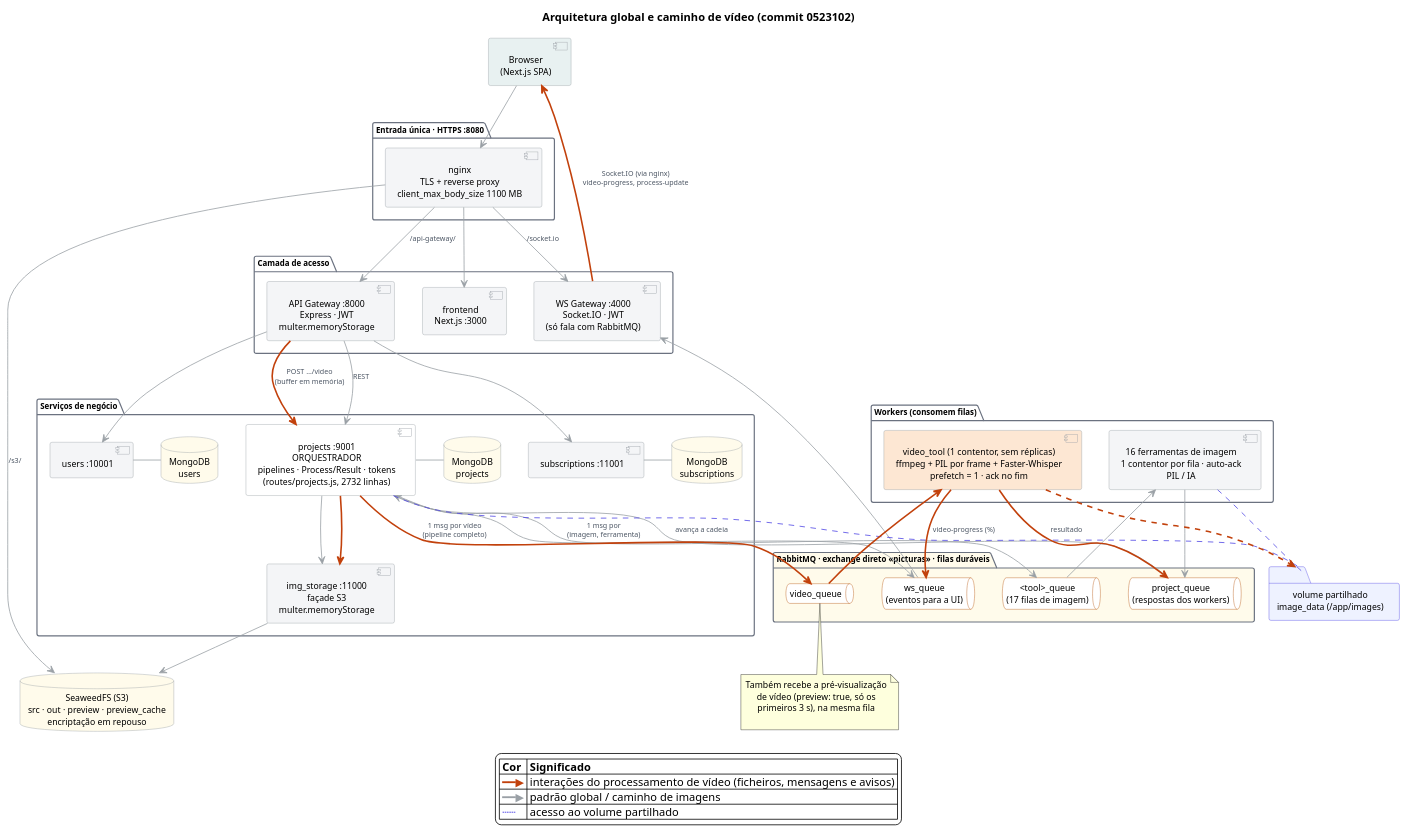
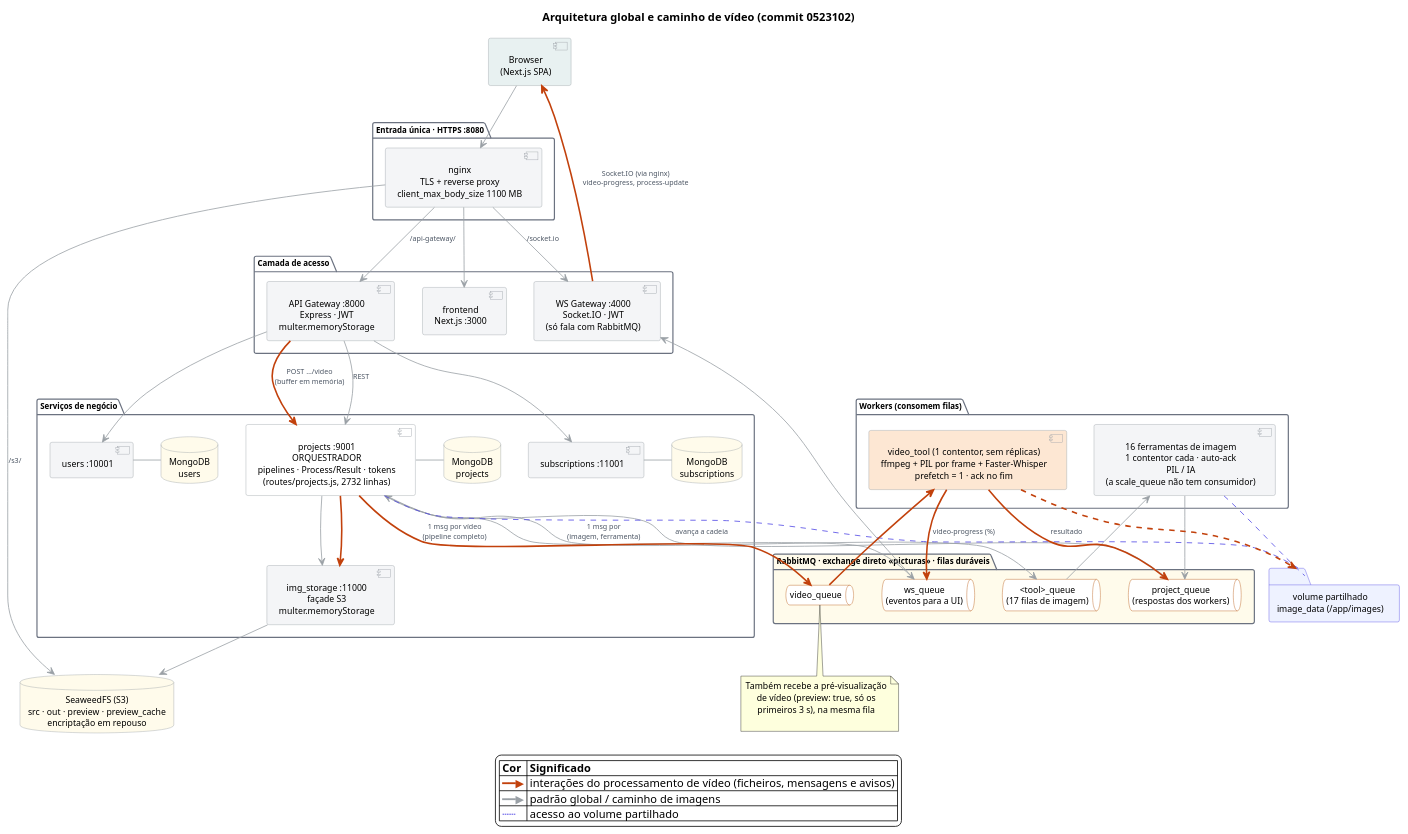
One commit to l1mitX/picturas-27 changed the diagram in docs/fase2/relatorio/images/arquitetura_global.puml. Above: the diagram before and after it, drawn with PlantUML. The commit also changed 8 other files, not shown here.

Commit message:
git add docs/fase2/relatorio/capitulos/09-vista-antes-depois.typ docs/fase2/relatorio/images/ docs/fase2/exercicios/RAS-exercicio_7_taticas_SWdesign_template_PT.md git commit -m "Relatório e Ex. 7: cap. 9 (legenda corrigida, mesma escala nas duas vistas) e diagramas dos caps. 2 e 9 corrigidos"

```diff
--- a/docs/fase2/relatorio/images/arquitetura_global.puml
+++ b/docs/fase2/relatorio/images/arquitetura_global.puml
@@ -1,110 +1,110 @@
 @startuml
 top to bottom direction
 
 skinparam backgroundColor white
 skinparam shadowing false
 skinparam defaultFontName Helvetica
 skinparam defaultFontSize 11
 skinparam ArrowColor #9AA0A6
 skinparam ArrowFontColor #4B5563
 skinparam ArrowFontSize 9
 skinparam ComponentBorderColor #9AA0A6
 skinparam ComponentBackgroundColor #F4F5F7
 skinparam DatabaseBorderColor #9AA0A6
 skinparam DatabaseBackgroundColor #FFFBEB
 skinparam QueueBorderColor #B45309
 skinparam QueueBackgroundColor #FFFBEB
 skinparam PackageBorderColor #6B7280
 skinparam PackageFontSize 10
 skinparam PackageStyle dashed
 skinparam FolderBorderColor #4F46E5
 skinparam FolderBackgroundColor #EEF2FF
 skinparam defaultTextAlignment center
 
 title Arquitetura global e caminho de vídeo (commit 0523102)
 
 component "Browser\n(Next.js SPA)" as browser #E8F1F1
 
 package "Entrada única · HTTPS :8080" as edge {
   component "nginx\nTLS + reverse proxy\nclient_max_body_size 1100 MB" as nginx
 }
 
 package "Camada de acesso" as access {
   component "frontend\nNext.js :3000" as frontend
   component "API Gateway :8000\nExpress · JWT\nmulter.memoryStorage" as api_gateway
   component "WS Gateway :4000\nSocket.IO · JWT\n(só fala com RabbitMQ)" as ws_gateway
 }
 
 package "Serviços de negócio" as business {
   component "projects :9001\nORQUESTRADOR\npipelines · Process/Result · tokens\n(routes/projects.js, 2732 linhas)" as projects #FFFFFF
   component "users :10001" as users
   component "subscriptions :11001" as subscriptions
   component "img_storage :11000\nfaçade S3\nmulter.memoryStorage" as img_storage
   database "MongoDB\nprojects" as projects_db
   database "MongoDB\nusers" as users_db
   database "MongoDB\nsubscriptions" as subs_db
 }
 
 database "SeaweedFS (S3)\nsrc · out · preview · preview_cache\nencriptação em repouso" as s3
 
 package "RabbitMQ · exchange direto «picturas» · filas duráveis" as rmq #FFFBEB {
   queue "<tool>_queue\n(17 filas de imagem)" as tool_q #FFFFFF
   queue "video_queue" as video_q #FFFFFF
   queue "project_queue\n(respostas dos workers)" as project_q #FFFFFF
   queue "ws_queue\n(eventos para a UI)" as ws_q #FFFFFF
 }
 
 package "Workers (consomem filas)" as workers {
-  component "16 ferramentas de imagem\n1 contentor por fila · auto-ack\nPIL / IA" as img_tools
+  component "16 ferramentas de imagem\n1 contentor cada · auto-ack\nPIL / IA\n(a scale_queue não tem consumidor)" as img_tools
   component "video_tool (1 contentor, sem réplicas)\nffmpeg + PIL por frame + Faster-Whisper\nprefetch = 1 · ack no fim" as video_tool #FDE7D3
 }
 
 folder "volume partilhado\nimage_data (/app/images)" as vol
 
 ' Padrão global e caminho de imagens
 browser --> nginx
 nginx --> frontend
 nginx --> api_gateway : /api-gateway/
 nginx --> ws_gateway : /socket.io
 nginx --> s3 : /s3/
 api_gateway --> projects : REST
 api_gateway --> users
 api_gateway --> subscriptions
 projects --> img_storage
 img_storage --> s3
 projects -right- projects_db
 users -right- users_db
 subscriptions -right- subs_db
 projects --> tool_q : 1 msg por\n(imagem, ferramenta)
 tool_q --> img_tools
 img_tools --> project_q
 project_q --> projects : avança a cadeia
 projects --> ws_q
 ws_q --> ws_gateway
 projects -[#4F46E5,dashed,thickness=1] vol
 img_tools -[#4F46E5,dashed,thickness=1] vol
 
 ' Caminho do vídeo
 api_gateway -[#C2410C,thickness=2]-> projects : POST …/video\n(buffer em memória)
 projects -[#C2410C,thickness=2]-> img_storage
 projects -[#C2410C,thickness=2]-> video_q : 1 msg por vídeo\n(pipeline completo)
 video_q -[#C2410C,thickness=2]-> video_tool
 video_tool -[#C2410C,thickness=2]-> project_q : resultado
 video_tool -[#C2410C,thickness=2]-> ws_q : video-progress (%)
 video_tool -[#C2410C,dashed,thickness=2]-> vol
 ws_gateway -[#C2410C,thickness=2]-> browser : Socket.IO (via nginx)\nvideo-progress, process-update
 
 note bottom of video_q
   Também recebe a pré-visualização
   de vídeo (preview: true, só os
   primeiros 3 s), na mesma fila
   <U+00A0>
 end note
 
 legend bottom
   |= Cor |= Significado |
   | <color:#C2410C>━━▶</color> | interações do processamento de vídeo (ficheiros, mensagens e avisos) |
   | <color:#9AA0A6>━━▶</color> | padrão global / caminho de imagens |
   | <color:#4F46E5>┄┄</color> | acesso ao volume partilhado |
 endlegend
 @enduml
```
